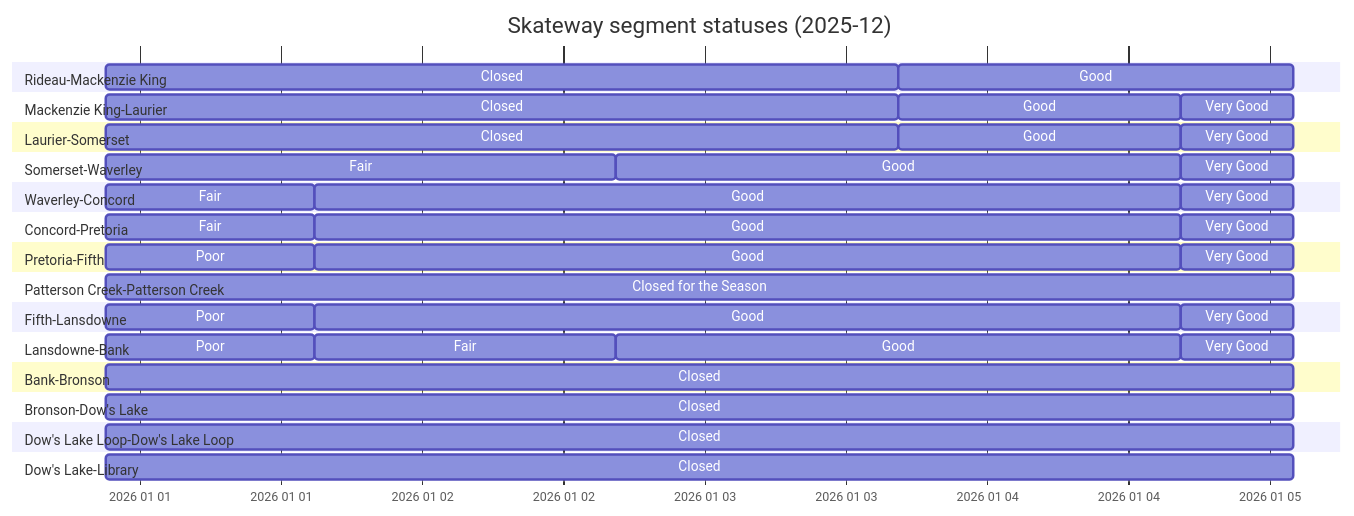
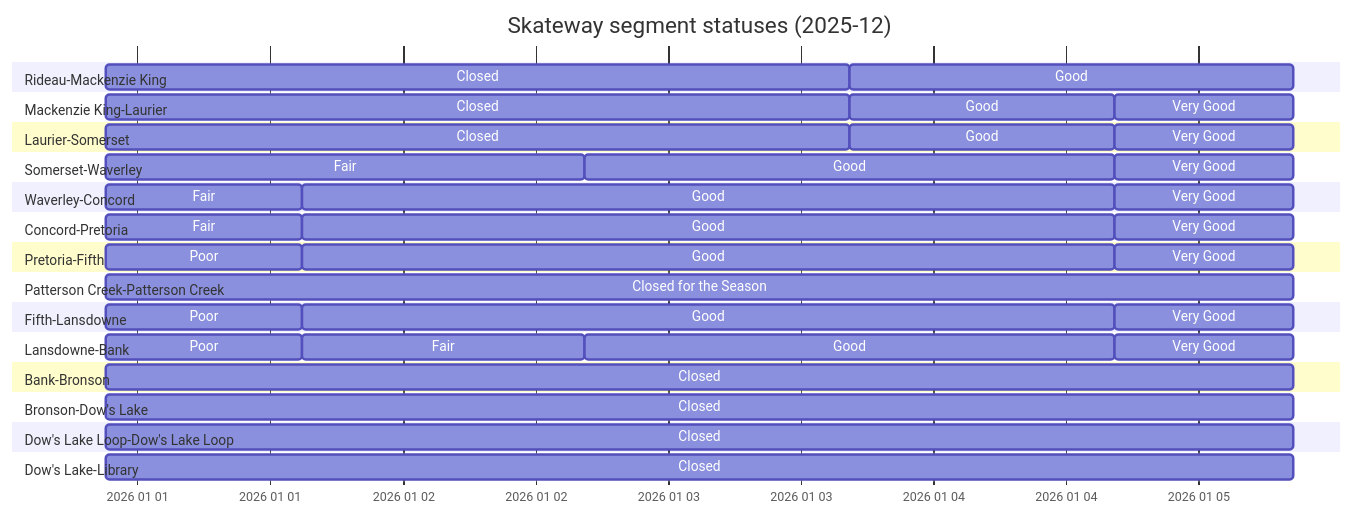
Before and after one commit to PatLittle/skateway_data: the diagram in gantt.md, drawn with Mermaid. The commit also changed 2 other files, not shown here.

````diff
--- a/gantt.md
+++ b/gantt.md
@@ -2,62 +2,62 @@
 ```mermaid
 ---
 topAxis: true
 displayMode: compact
 config:
   themeCSS: " #vg { fill: Green } #g {fill: yellow} #f {fill: orange} #p {fill: red}      \n
 #c {fill: Black} #cs {fill: Black} #sc {fill: White} #wo {fill: saddlebrown} \n
             text[id^=cs] { fill: red; } text[id^=sc] { fill: red; }
         "
 ---
 
 gantt
   title Skateway segment statuses (2025-12)
   dateFormat  YYYY-MM-DD HH:mm:ss
   axisFormat  %Y %m %d
   section Rideau-Mackenzie King
   Closed: c, 2025-12-31 21:07:33, 2026-01-03 16:27:35
-  Good: g, 2026-01-03 16:27:35, 2026-01-05 02:01:05
+  Good: g, 2026-01-03 16:27:35, 2026-01-05 08:36:33
   section Mackenzie King-Laurier
   Closed: c, 2025-12-31 21:07:33, 2026-01-03 16:27:35
   Good: g, 2026-01-03 16:27:35, 2026-01-04 16:26:52
-  Very Good: vg, 2026-01-04 16:26:52, 2026-01-05 02:01:05
+  Very Good: vg, 2026-01-04 16:26:52, 2026-01-05 08:36:33
   section Laurier-Somerset
   Closed: c, 2025-12-31 21:07:33, 2026-01-03 16:27:35
   Good: g, 2026-01-03 16:27:35, 2026-01-04 16:26:52
-  Very Good: vg, 2026-01-04 16:26:52, 2026-01-05 02:01:05
+  Very Good: vg, 2026-01-04 16:26:52, 2026-01-05 08:36:33
   section Somerset-Waverley
   Fair: f, 2025-12-31 21:07:33, 2026-01-02 16:28:08
   Good: g, 2026-01-02 16:28:08, 2026-01-04 16:26:52
-  Very Good: vg, 2026-01-04 16:26:52, 2026-01-05 02:01:05
+  Very Good: vg, 2026-01-04 16:26:52, 2026-01-05 08:36:33
   section Waverley-Concord
   Fair: f, 2025-12-31 21:07:33, 2026-01-01 14:52:27
   Good: g, 2026-01-01 14:52:27, 2026-01-04 16:26:52
-  Very Good: vg, 2026-01-04 16:26:52, 2026-01-05 02:01:05
+  Very Good: vg, 2026-01-04 16:26:52, 2026-01-05 08:36:33
   section Concord-Pretoria
   Fair: f, 2025-12-31 21:07:33, 2026-01-01 14:52:27
   Good: g, 2026-01-01 14:52:27, 2026-01-04 16:26:52
-  Very Good: vg, 2026-01-04 16:26:52, 2026-01-05 02:01:05
+  Very Good: vg, 2026-01-04 16:26:52, 2026-01-05 08:36:33
   section Pretoria-Fifth
   Poor: p, 2025-12-31 21:07:33, 2026-01-01 14:52:27
   Good: g, 2026-01-01 14:52:27, 2026-01-04 16:26:52
-  Very Good: vg, 2026-01-04 16:26:52, 2026-01-05 02:01:05
+  Very Good: vg, 2026-01-04 16:26:52, 2026-01-05 08:36:33
   section Patterson Creek-Patterson Creek
-  Closed for the Season: cs, 2025-12-31 21:07:33, 2026-01-05 02:01:05
+  Closed for the Season: cs, 2025-12-31 21:07:33, 2026-01-05 08:36:33
   section Fifth-Lansdowne
   Poor: p, 2025-12-31 21:07:33, 2026-01-01 14:52:27
   Good: g, 2026-01-01 14:52:27, 2026-01-04 16:26:52
-  Very Good: vg, 2026-01-04 16:26:52, 2026-01-05 02:01:05
+  Very Good: vg, 2026-01-04 16:26:52, 2026-01-05 08:36:33
   section Lansdowne-Bank
   Poor: p, 2025-12-31 21:07:33, 2026-01-01 14:52:27
   Fair: f, 2026-01-01 14:52:27, 2026-01-02 16:28:08
   Good: g, 2026-01-02 16:28:08, 2026-01-04 16:26:52
-  Very Good: vg, 2026-01-04 16:26:52, 2026-01-05 02:01:05
+  Very Good: vg, 2026-01-04 16:26:52, 2026-01-05 08:36:33
   section Bank-Bronson
-  Closed: c, 2025-12-31 21:07:33, 2026-01-05 02:01:05
+  Closed: c, 2025-12-31 21:07:33, 2026-01-05 08:36:33
   section Bronson-Dow's Lake
-  Closed: c, 2025-12-31 21:07:33, 2026-01-05 02:01:05
+  Closed: c, 2025-12-31 21:07:33, 2026-01-05 08:36:33
   section Dow's Lake Loop-Dow's Lake Loop
-  Closed: c, 2025-12-31 21:07:33, 2026-01-05 02:01:05
+  Closed: c, 2025-12-31 21:07:33, 2026-01-05 08:36:33
   section Dow's Lake-Library
-  Closed: c, 2025-12-31 21:07:33, 2026-01-05 02:01:05
+  Closed: c, 2025-12-31 21:07:33, 2026-01-05 08:36:33
 ```
````
